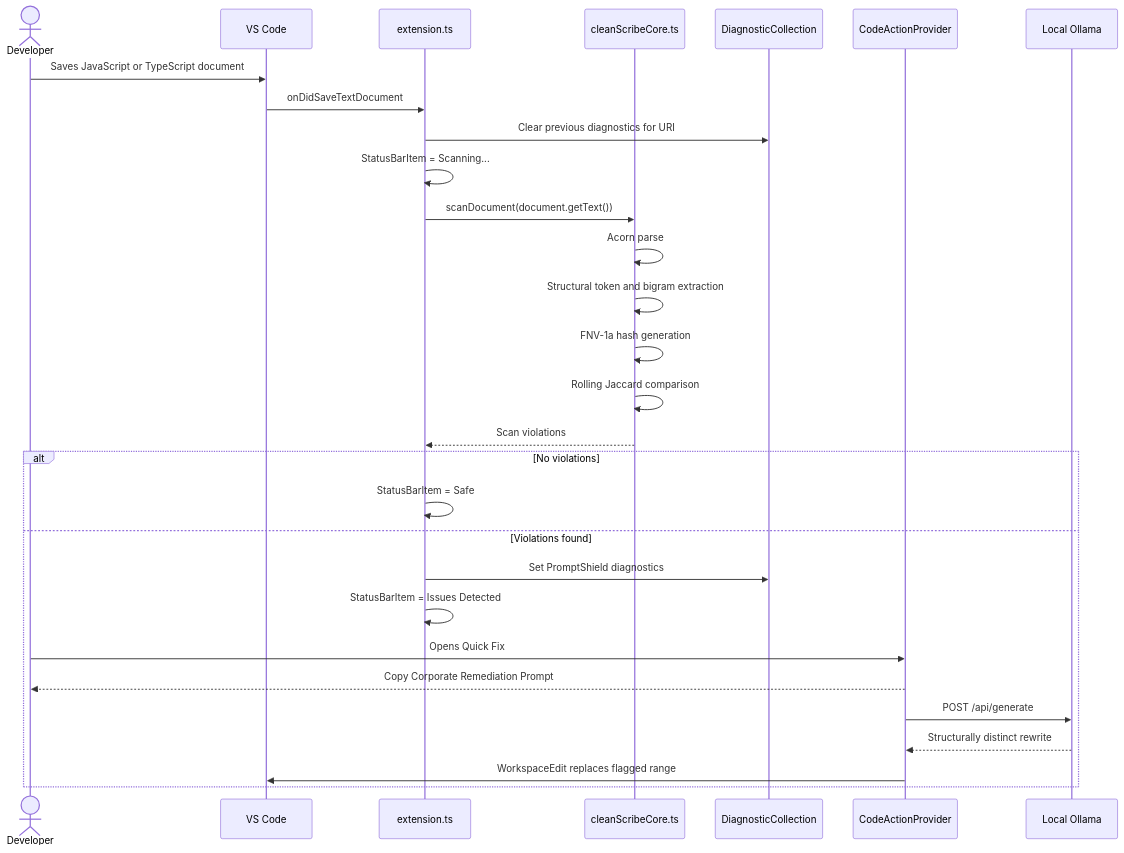
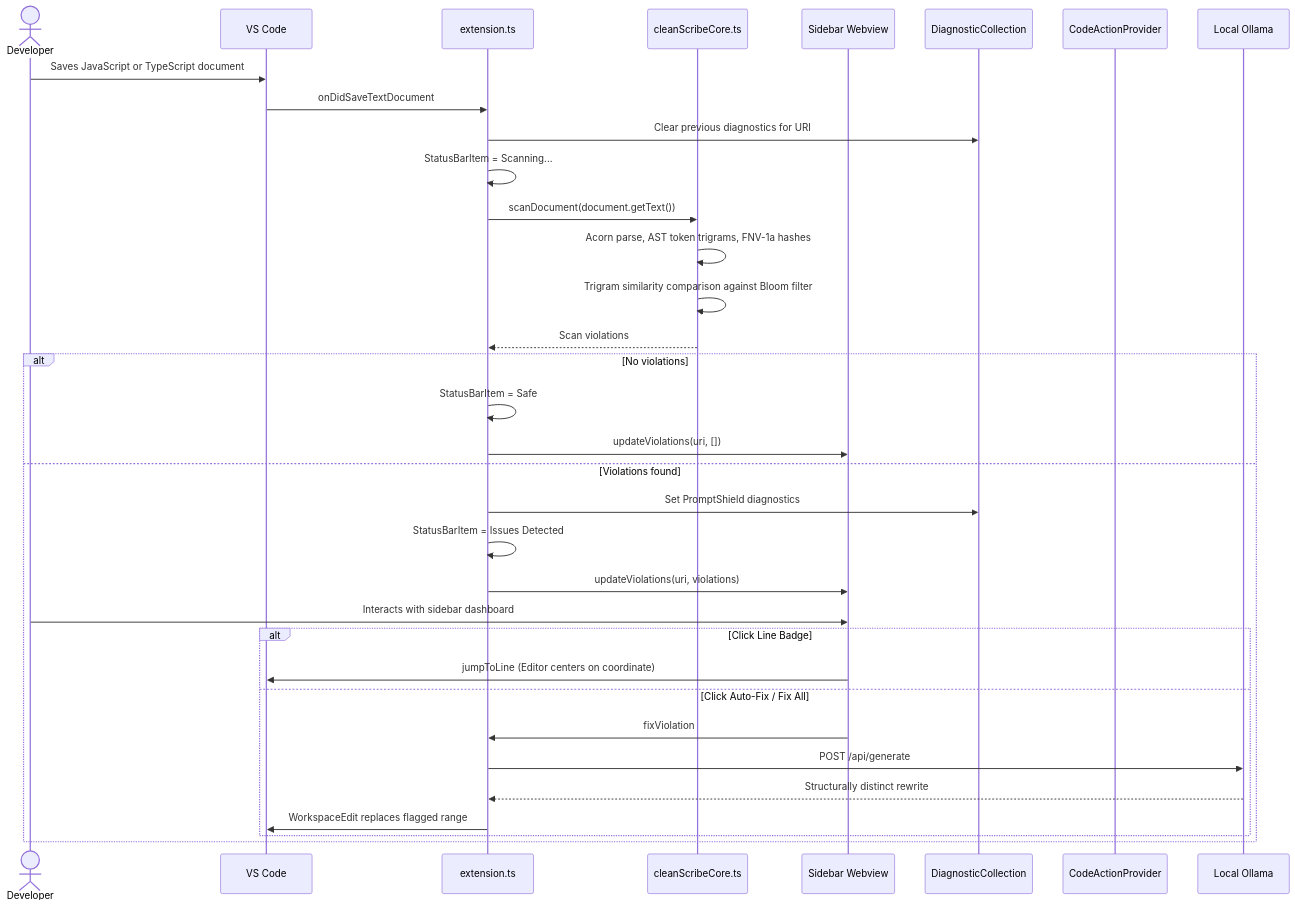
Before and after one commit to abhayshaw1601/PromptSheild: the third of 3 diagrams in CONTEXT.md, drawn with Mermaid. The commit also changed other lines of this file and 1 other file, not shown here.

Commit message:
updated arch

````diff
--- a/CONTEXT.md
+++ b/CONTEXT.md
@@ -102,32 +104,37 @@
 ```mermaid
 sequenceDiagram
     actor Developer
     participant VSCode as VS Code
     participant Extension as extension.ts
     participant Core as cleanScribeCore.ts
+    participant Sidebar as Sidebar Webview
     participant Problems as DiagnosticCollection
     participant Actions as CodeActionProvider
     participant Ollama as Local Ollama
 
     Developer->>VSCode: Saves JavaScript or TypeScript document
     VSCode->>Extension: onDidSaveTextDocument
     Extension->>Problems: Clear previous diagnostics for URI
     Extension->>Extension: StatusBarItem = Scanning...
     Extension->>Core: scanDocument(document.getText())
-    Core->>Core: Acorn parse
-    Core->>Core: Structural token and bigram extraction
-    Core->>Core: FNV-1a hash generation
-    Core->>Core: Rolling Jaccard comparison
+    Core->>Core: Acorn parse, AST token trigrams, FNV-1a hashes
+    Core->>Core: Trigram similarity comparison against Bloom filter
     Core-->>Extension: Scan violations
     alt No violations
         Extension->>Extension: StatusBarItem = Safe
+        Extension->>Sidebar: updateViolations(uri, [])
     else Violations found
         Extension->>Problems: Set PromptShield diagnostics
         Extension->>Extension: StatusBarItem = Issues Detected
-        Developer->>Actions: Opens Quick Fix
-        Actions-->>Developer: Copy Corporate Remediation Prompt
-        Actions->>Ollama: POST /api/generate
-        Ollama-->>Actions: Structurally distinct rewrite
-        Actions->>VSCode: WorkspaceEdit replaces flagged range
+        Extension->>Sidebar: updateViolations(uri, violations)
+        Developer->>Sidebar: Interacts with sidebar dashboard
+        alt Click Line Badge
+            Sidebar->>VSCode: jumpToLine (Editor centers on coordinate)
+        else Click Auto-Fix / Fix All
+            Sidebar->>Extension: fixViolation
+            Extension->>Ollama: POST /api/generate
+            Ollama-->>Extension: Structurally distinct rewrite
+            Extension->>VSCode: WorkspaceEdit replaces flagged range
+        end
     end
 ```
````
